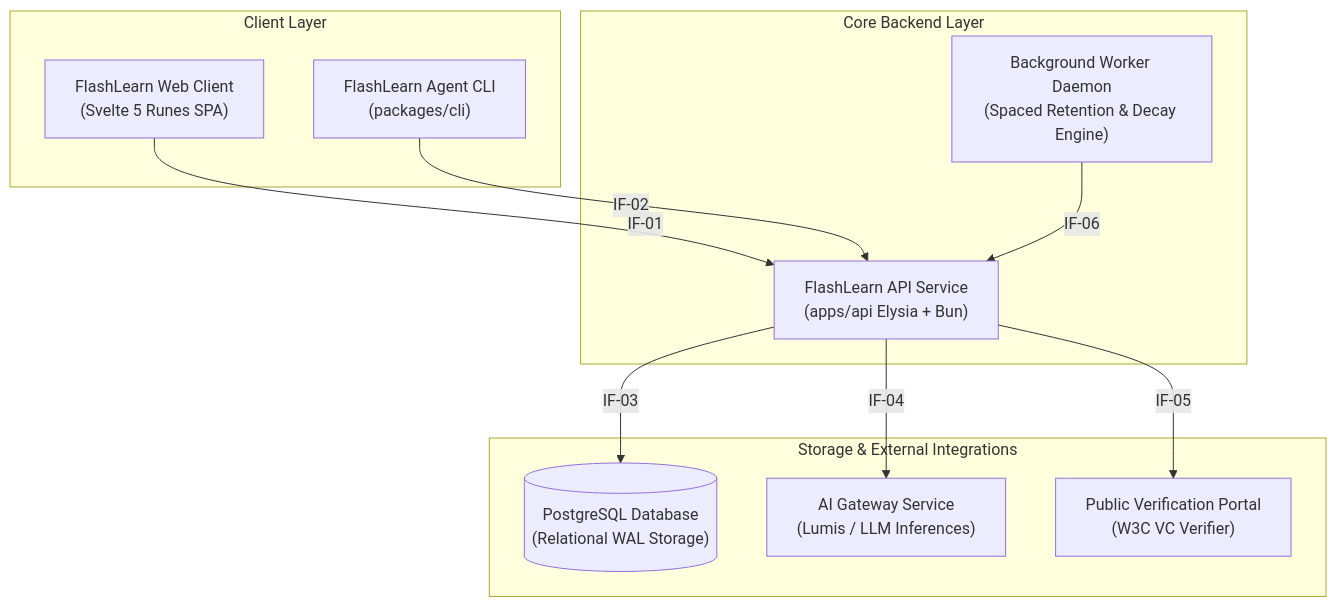
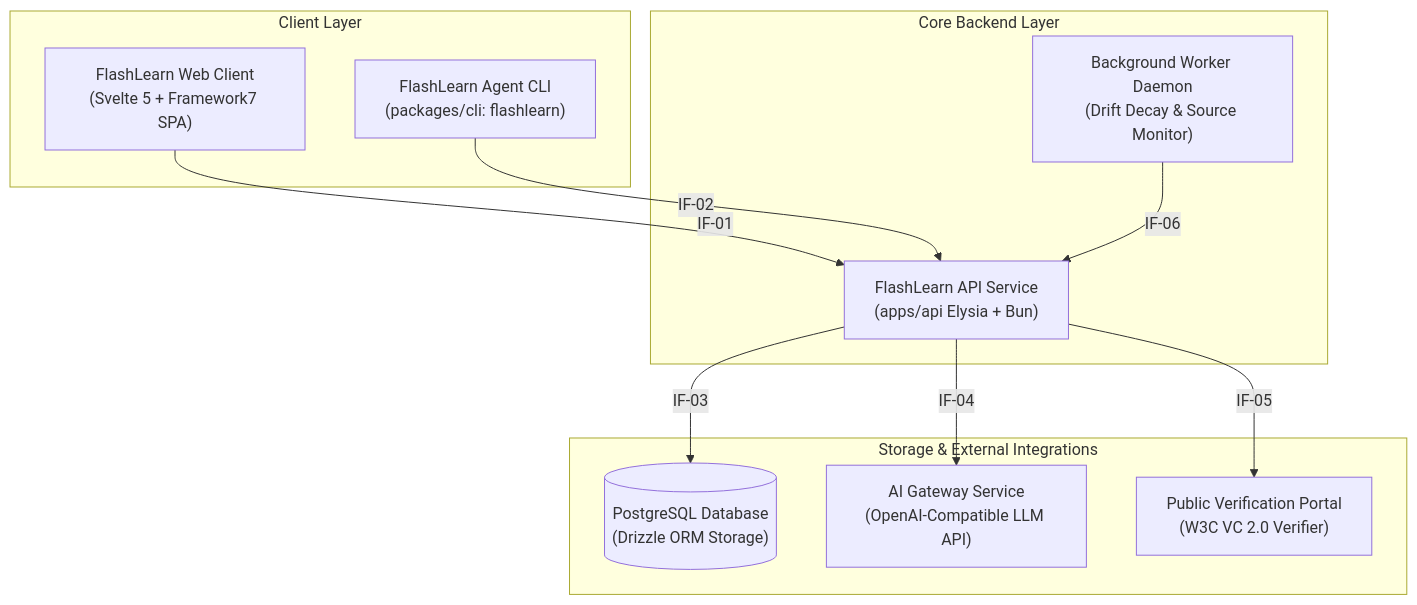
One commit to ihkaru/flashlearn changed the diagram in docs/architecture/05_building_block_view.md. Above: the diagram before and after it, drawn with Mermaid. The commit also changed other lines of this file and 69 other files, not shown here.

````diff
--- a/docs/architecture/05_building_block_view.md
+++ b/docs/architecture/05_building_block_view.md
@@ -26,25 +26,25 @@
 ```mermaid
 graph TD
     subgraph ClientLayer["Client Layer"]
-        WebClient["FlashLearn Web Client\n(Svelte 5 Runes SPA)"]
-        AgentCLI["FlashLearn Agent CLI\n(packages/cli)"]
+        WebClient["FlashLearn Web Client\n(Svelte 5 + Framework7 SPA)"]
+        AgentCLI["FlashLearn Agent CLI\n(packages/cli: flashlearn)"]
     end
 
     subgraph BackendLayer["Core Backend Layer"]
         APIService["FlashLearn API Service\n(apps/api Elysia + Bun)"]
-        Worker["Background Worker Daemon\n(Spaced Retention & Decay Engine)"]
+        Worker["Background Worker Daemon\n(Drift Decay & Source Monitor)"]
     end
 
     subgraph StorageExternalLayer["Storage & External Integrations"]
-        Database[("PostgreSQL Database\n(Relational WAL Storage)")]
-        AIGateway["AI Gateway Service\n(Lumis / LLM Inferences)"]
-        PublicVerifier["Public Verification Portal\n(W3C VC Verifier)"]
+        Database[("PostgreSQL Database\n(Drizzle ORM Storage)")]
+        AIGateway["AI Gateway Service\n(OpenAI-Compatible LLM API)"]
+        PublicVerifier["Public Verification Portal\n(W3C VC 2.0 Verifier)"]
     end
 
     WebClient -->|"IF-01"| APIService
     AgentCLI -->|"IF-02"| APIService
     APIService -->|"IF-03"| Database
     APIService -->|"IF-04"| AIGateway
     APIService -->|"IF-05"| PublicVerifier
     Worker -->|"IF-06"| APIService
 ```
````
